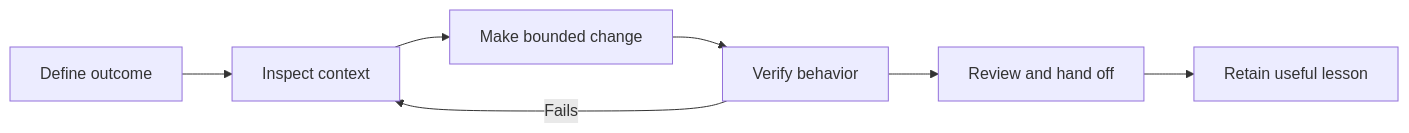
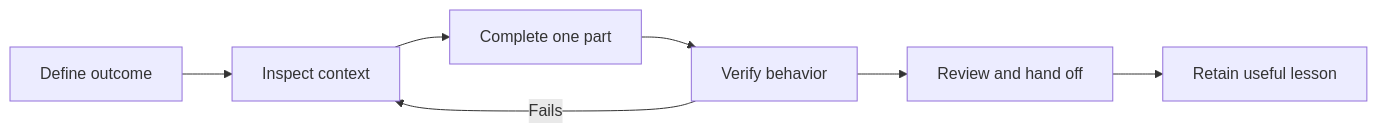
One commit to dankenney/agentic-coding-foundation-guide changed the diagram in guide/workflow.md. Above: the diagram before and after it, drawn with Mermaid. The commit also changed other lines of this file and 26 other files, not shown here.

````diff
--- a/guide/workflow.md
+++ b/guide/workflow.md
@@ -5,9 +5,9 @@
 ```mermaid
 flowchart LR
     A[Define outcome] --> B[Inspect context]
-    B --> C[Make bounded change]
+    B --> C[Complete one part]
     C --> D[Verify behavior]
     D --> E[Review and hand off]
     D -->|Fails| B
     E --> F[Retain useful lesson]
 ```
````
